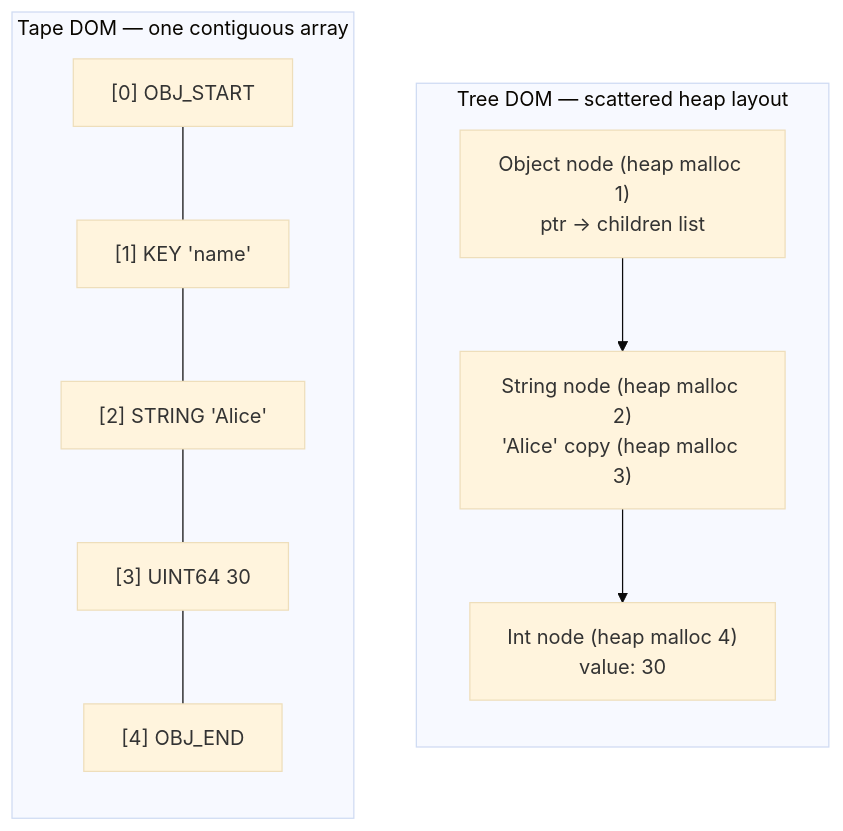
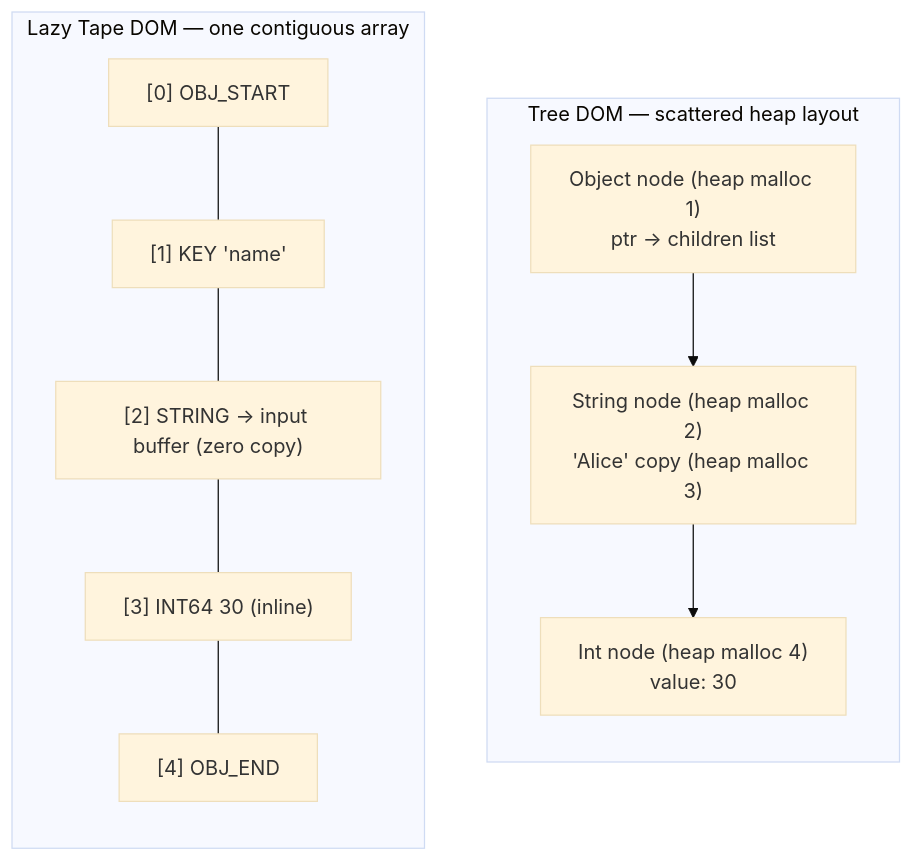
The third of 8 diagrams in docs/theory/architecture.md (the-lkb/beast-json), drawn with Mermaid (base theme) before and after one commit. The commit also changed other lines of this file, not shown here.

First line of the commit message:
docs: complete rewrite of architecture page as proprietary Lazy Tape DOM design

````diff
--- a/docs/theory/architecture.md
+++ b/docs/theory/architecture.md
@@ -68,20 +158,20 @@
 ```mermaid
 flowchart TB
     subgraph TREE["Tree DOM — scattered heap layout"]
         direction TB
         ROOT["Object node (heap malloc 1)<br/>ptr → children list"]
         N1["String node (heap malloc 2)<br/>'Alice' copy (heap malloc 3)"]
         N2["Int node (heap malloc 4)<br/>value: 30"]
         ROOT --> N1 --> N2
     end
 
-    subgraph TAPE["Tape DOM — one contiguous array"]
+    subgraph TAPE["Lazy Tape DOM — one contiguous array"]
         direction TB
         T0["[0] OBJ_START"]
         T1["[1] KEY 'name'"]
-        T2["[2] STRING 'Alice'"]
-        T3["[3] UINT64 30"]
+        T2["[2] STRING → input buffer (zero copy)"]
+        T3["[3] INT64 30 (inline)"]
         T4["[4] OBJ_END"]
         T0 --- T1 --- T2 --- T3 --- T4
     end
 ```
````
